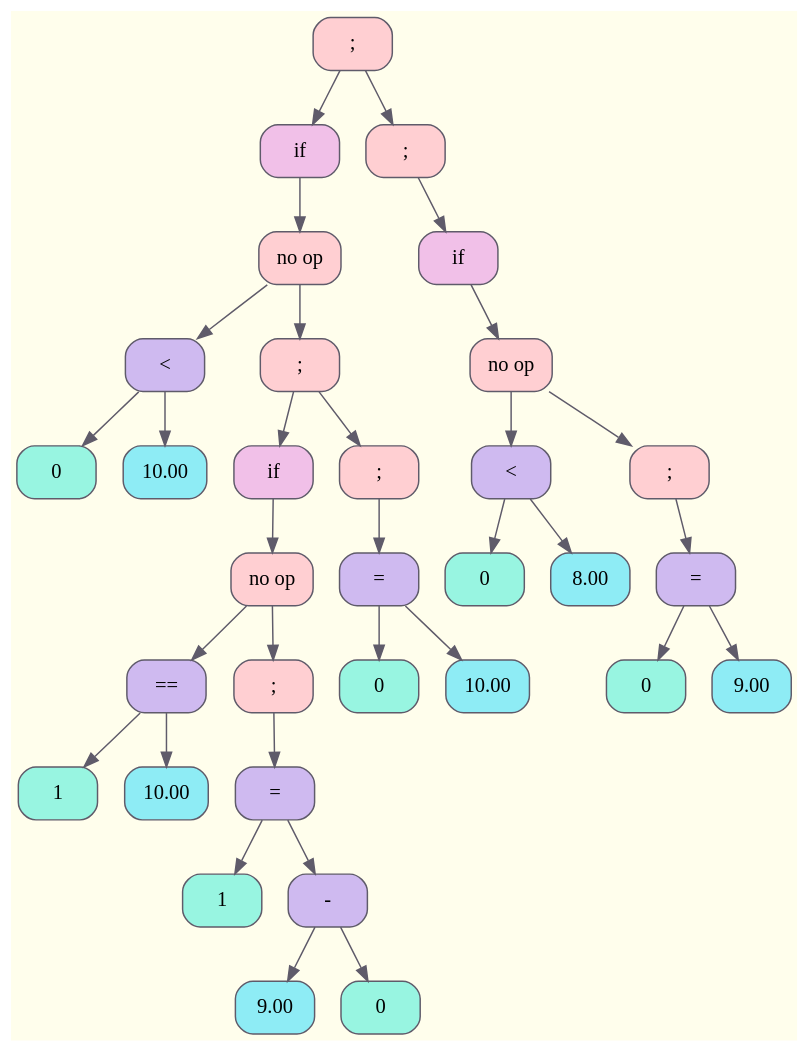
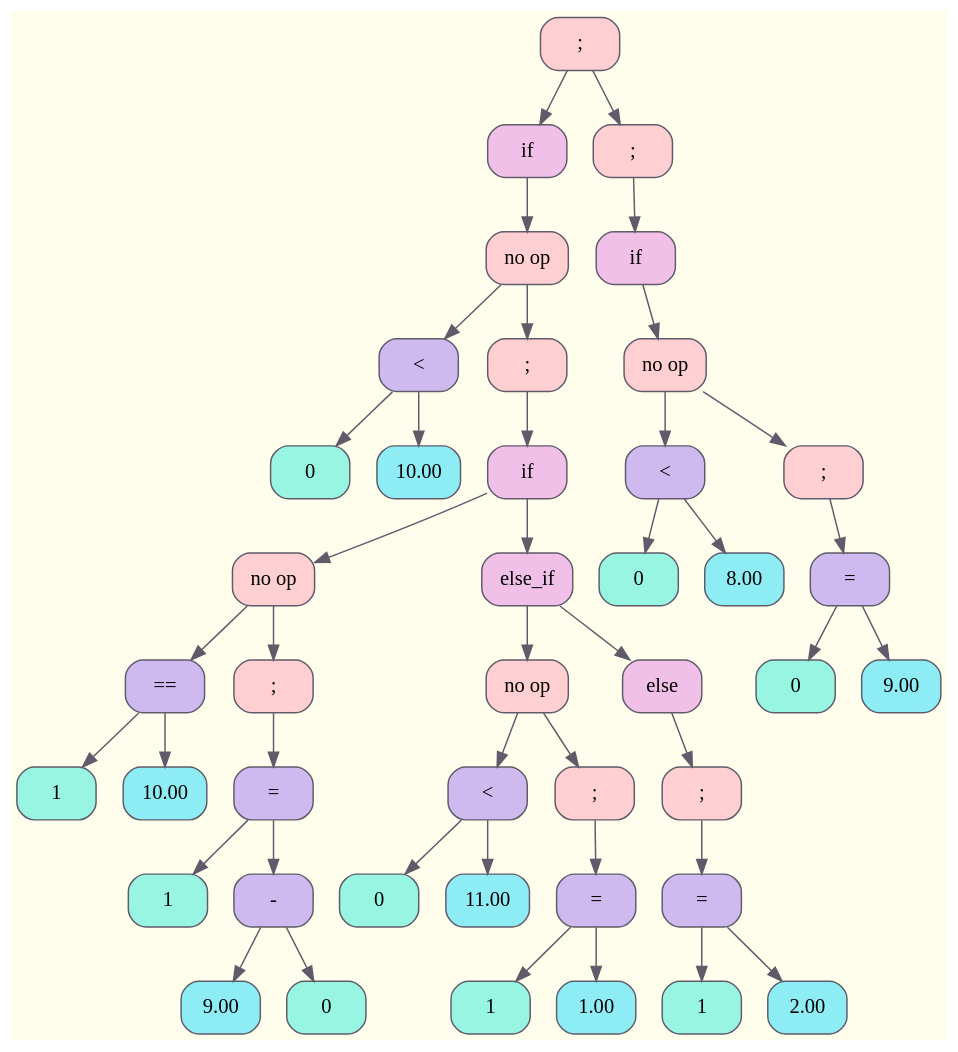
The diagram in debug/tree.dot (ksshkh/language), drawn with Graphviz before and after one commit. The commit also changed 7 other files, not shown here.

```diff
--- a/debug/tree.dot
+++ b/debug/tree.dot
@@ -1,69 +1,89 @@
 digraph Tree {
 	rankdir = TB;
 	node [shape = record];
 	edge [color = "#5F5B6A"];
 	bgcolor = "#FFFEEC";
-	node0x5e81530fff50 [color = "#5F5B6A", shape = Mrecord, style = filled, fillcolor = "#FFCFD2", label = "{;}"];
-		node0x5e81530fff50 -> node0x5e81530fff80
-	node0x5e81530fff80 [color = "#5F5B6A", shape = Mrecord, style = filled, fillcolor = "#F1C0E8", label = "{if}"];
-		node0x5e81530fff80 -> node0x5e81530fffb0
-	node0x5e81530fffb0 [color = "#5F5B6A", shape = Mrecord, style = filled, fillcolor = "#FFCFD2", label = "{no op}"];
-		node0x5e81530fffb0 -> node0x5e81530fffe0
-	node0x5e81530fffe0 [color = "#5F5B6A", shape = Mrecord, style = filled, fillcolor = "#CFBAF0", label = "{&lt;}"];
-		node0x5e81530fffe0 -> node0x5e8153100010
-	node0x5e8153100010 [color = "#5F5B6A", shape = Mrecord, style = filled, fillcolor = "#98F5E1", label = "{0}"];
-		node0x5e81530fffe0 -> node0x5e8153100040
-	node0x5e8153100040 [color = "#5F5B6A", shape = Mrecord, style = filled, fillcolor = "#8EECF5", label = "{10.00}"];
-		node0x5e81530fffb0 -> node0x5e8153100070
-	node0x5e8153100070 [color = "#5F5B6A", shape = Mrecord, style = filled, fillcolor = "#FFCFD2", label = "{;}"];
-		node0x5e8153100070 -> node0x5e81531000a0
-	node0x5e81531000a0 [color = "#5F5B6A", shape = Mrecord, style = filled, fillcolor = "#F1C0E8", label = "{if}"];
-		node0x5e81531000a0 -> node0x5e81531000d0
-	node0x5e81531000d0 [color = "#5F5B6A", shape = Mrecord, style = filled, fillcolor = "#FFCFD2", label = "{no op}"];
-		node0x5e81531000d0 -> node0x5e8153100100
-	node0x5e8153100100 [color = "#5F5B6A", shape = Mrecord, style = filled, fillcolor = "#CFBAF0", label = "{==}"];
-		node0x5e8153100100 -> node0x5e8153100130
-	node0x5e8153100130 [color = "#5F5B6A", shape = Mrecord, style = filled, fillcolor = "#98F5E1", label = "{1}"];
-		node0x5e8153100100 -> node0x5e8153100160
-	node0x5e8153100160 [color = "#5F5B6A", shape = Mrecord, style = filled, fillcolor = "#8EECF5", label = "{10.00}"];
-		node0x5e81531000d0 -> node0x5e8153100190
-	node0x5e8153100190 [color = "#5F5B6A", shape = Mrecord, style = filled, fillcolor = "#FFCFD2", label = "{;}"];
-		node0x5e8153100190 -> node0x5e81531001c0
-	node0x5e81531001c0 [color = "#5F5B6A", shape = Mrecord, style = filled, fillcolor = "#CFBAF0", label = "{=}"];
-		node0x5e81531001c0 -> node0x5e81531001f0
-	node0x5e81531001f0 [color = "#5F5B6A", shape = Mrecord, style = filled, fillcolor = "#98F5E1", label = "{1}"];
-		node0x5e81531001c0 -> node0x5e8153100220
-	node0x5e8153100220 [color = "#5F5B6A", shape = Mrecord, style = filled, fillcolor = "#CFBAF0", label = "{-}"];
-		node0x5e8153100220 -> node0x5e8153100250
-	node0x5e8153100250 [color = "#5F5B6A", shape = Mrecord, style = filled, fillcolor = "#8EECF5", label = "{9.00}"];
-		node0x5e8153100220 -> node0x5e8153100280
-	node0x5e8153100280 [color = "#5F5B6A", shape = Mrecord, style = filled, fillcolor = "#98F5E1", label = "{0}"];
-		node0x5e8153100070 -> node0x5e81531002b0
-	node0x5e81531002b0 [color = "#5F5B6A", shape = Mrecord, style = filled, fillcolor = "#FFCFD2", label = "{;}"];
-		node0x5e81531002b0 -> node0x5e81531002e0
-	node0x5e81531002e0 [color = "#5F5B6A", shape = Mrecord, style = filled, fillcolor = "#CFBAF0", label = "{=}"];
-		node0x5e81531002e0 -> node0x5e8153100310
-	node0x5e8153100310 [color = "#5F5B6A", shape = Mrecord, style = filled, fillcolor = "#98F5E1", label = "{0}"];
-		node0x5e81531002e0 -> node0x5e8153100340
-	node0x5e8153100340 [color = "#5F5B6A", shape = Mrecord, style = filled, fillcolor = "#8EECF5", label = "{10.00}"];
-		node0x5e81530fff50 -> node0x5e8153100370
-	node0x5e8153100370 [color = "#5F5B6A", shape = Mrecord, style = filled, fillcolor = "#FFCFD2", label = "{;}"];
-		node0x5e8153100370 -> node0x5e81531003a0
-	node0x5e81531003a0 [color = "#5F5B6A", shape = Mrecord, style = filled, fillcolor = "#F1C0E8", label = "{if}"];
-		node0x5e81531003a0 -> node0x5e81531003d0
-	node0x5e81531003d0 [color = "#5F5B6A", shape = Mrecord, style = filled, fillcolor = "#FFCFD2", label = "{no op}"];
-		node0x5e81531003d0 -> node0x5e8153100400
-	node0x5e8153100400 [color = "#5F5B6A", shape = Mrecord, style = filled, fillcolor = "#CFBAF0", label = "{&lt;}"];
-		node0x5e8153100400 -> node0x5e8153100430
-	node0x5e8153100430 [color = "#5F5B6A", shape = Mrecord, style = filled, fillcolor = "#98F5E1", label = "{0}"];
-		node0x5e8153100400 -> node0x5e8153100460
-	node0x5e8153100460 [color = "#5F5B6A", shape = Mrecord, style = filled, fillcolor = "#8EECF5", label = "{8.00}"];
-		node0x5e81531003d0 -> node0x5e8153100490
-	node0x5e8153100490 [color = "#5F5B6A", shape = Mrecord, style = filled, fillcolor = "#FFCFD2", label = "{;}"];
-		node0x5e8153100490 -> node0x5e81531004c0
-	node0x5e81531004c0 [color = "#5F5B6A", shape = Mrecord, style = filled, fillcolor = "#CFBAF0", label = "{=}"];
-		node0x5e81531004c0 -> node0x5e81531004f0
-	node0x5e81531004f0 [color = "#5F5B6A", shape = Mrecord, style = filled, fillcolor = "#98F5E1", label = "{0}"];
-		node0x5e81531004c0 -> node0x5e8153100520
-	node0x5e8153100520 [color = "#5F5B6A", shape = Mrecord, style = filled, fillcolor = "#8EECF5", label = "{9.00}"];
+	node0x61bb5010b2a0 [color = "#5F5B6A", shape = Mrecord, style = filled, fillcolor = "#FFCFD2", label = "{;}"];
+		node0x61bb5010b2a0 -> node0x61bb5010b2d0
+	node0x61bb5010b2d0 [color = "#5F5B6A", shape = Mrecord, style = filled, fillcolor = "#F1C0E8", label = "{if}"];
+		node0x61bb5010b2d0 -> node0x61bb5010b300
+	node0x61bb5010b300 [color = "#5F5B6A", shape = Mrecord, style = filled, fillcolor = "#FFCFD2", label = "{no op}"];
+		node0x61bb5010b300 -> node0x61bb5010b330
+	node0x61bb5010b330 [color = "#5F5B6A", shape = Mrecord, style = filled, fillcolor = "#CFBAF0", label = "{&lt;}"];
+		node0x61bb5010b330 -> node0x61bb5010b360
+	node0x61bb5010b360 [color = "#5F5B6A", shape = Mrecord, style = filled, fillcolor = "#98F5E1", label = "{0}"];
+		node0x61bb5010b330 -> node0x61bb5010b390
+	node0x61bb5010b390 [color = "#5F5B6A", shape = Mrecord, style = filled, fillcolor = "#8EECF5", label = "{10.00}"];
+		node0x61bb5010b300 -> node0x61bb5010b3c0
+	node0x61bb5010b3c0 [color = "#5F5B6A", shape = Mrecord, style = filled, fillcolor = "#FFCFD2", label = "{;}"];
+		node0x61bb5010b3c0 -> node0x61bb5010b3f0
+	node0x61bb5010b3f0 [color = "#5F5B6A", shape = Mrecord, style = filled, fillcolor = "#F1C0E8", label = "{if}"];
+		node0x61bb5010b3f0 -> node0x61bb5010b420
+	node0x61bb5010b420 [color = "#5F5B6A", shape = Mrecord, style = filled, fillcolor = "#FFCFD2", label = "{no op}"];
+		node0x61bb5010b420 -> node0x61bb5010b450
+	node0x61bb5010b450 [color = "#5F5B6A", shape = Mrecord, style = filled, fillcolor = "#CFBAF0", label = "{==}"];
+		node0x61bb5010b450 -> node0x61bb5010b480
+	node0x61bb5010b480 [color = "#5F5B6A", shape = Mrecord, style = filled, fillcolor = "#98F5E1", label = "{1}"];
+		node0x61bb5010b450 -> node0x61bb5010b4b0
+	node0x61bb5010b4b0 [color = "#5F5B6A", shape = Mrecord, style = filled, fillcolor = "#8EECF5", label = "{10.00}"];
+		node0x61bb5010b420 -> node0x61bb5010b4e0
+	node0x61bb5010b4e0 [color = "#5F5B6A", shape = Mrecord, style = filled, fillcolor = "#FFCFD2", label = "{;}"];
+		node0x61bb5010b4e0 -> node0x61bb5010b510
+	node0x61bb5010b510 [color = "#5F5B6A", shape = Mrecord, style = filled, fillcolor = "#CFBAF0", label = "{=}"];
+		node0x61bb5010b510 -> node0x61bb5010b540
+	node0x61bb5010b540 [color = "#5F5B6A", shape = Mrecord, style = filled, fillcolor = "#98F5E1", label = "{1}"];
+		node0x61bb5010b510 -> node0x61bb5010b570
+	node0x61bb5010b570 [color = "#5F5B6A", shape = Mrecord, style = filled, fillcolor = "#CFBAF0", label = "{-}"];
+		node0x61bb5010b570 -> node0x61bb5010b5a0
+	node0x61bb5010b5a0 [color = "#5F5B6A", shape = Mrecord, style = filled, fillcolor = "#8EECF5", label = "{9.00}"];
+		node0x61bb5010b570 -> node0x61bb5010b5d0
+	node0x61bb5010b5d0 [color = "#5F5B6A", shape = Mrecord, style = filled, fillcolor = "#98F5E1", label = "{0}"];
+		node0x61bb5010b3f0 -> node0x61bb5010b600
+	node0x61bb5010b600 [color = "#5F5B6A", shape = Mrecord, style = filled, fillcolor = "#F1C0E8", label = "{else_if}"];
+		node0x61bb5010b600 -> node0x61bb5010b630
+	node0x61bb5010b630 [color = "#5F5B6A", shape = Mrecord, style = filled, fillcolor = "#FFCFD2", label = "{no op}"];
+		node0x61bb5010b630 -> node0x61bb5010b660
+	node0x61bb5010b660 [color = "#5F5B6A", shape = Mrecord, style = filled, fillcolor = "#CFBAF0", label = "{&lt;}"];
+		node0x61bb5010b660 -> node0x61bb5010b690
+	node0x61bb5010b690 [color = "#5F5B6A", shape = Mrecord, style = filled, fillcolor = "#98F5E1", label = "{0}"];
+		node0x61bb5010b660 -> node0x61bb5010b6c0
+	node0x61bb5010b6c0 [color = "#5F5B6A", shape = Mrecord, style = filled, fillcolor = "#8EECF5", label = "{11.00}"];
+		node0x61bb5010b630 -> node0x61bb5010b6f0
+	node0x61bb5010b6f0 [color = "#5F5B6A", shape = Mrecord, style = filled, fillcolor = "#FFCFD2", label = "{;}"];
+		node0x61bb5010b6f0 -> node0x61bb5010b720
+	node0x61bb5010b720 [color = "#5F5B6A", shape = Mrecord, style = filled, fillcolor = "#CFBAF0", label = "{=}"];
+		node0x61bb5010b720 -> node0x61bb5010b750
+	node0x61bb5010b750 [color = "#5F5B6A", shape = Mrecord, style = filled, fillcolor = "#98F5E1", label = "{1}"];
+		node0x61bb5010b720 -> node0x61bb5010b780
+	node0x61bb5010b780 [color = "#5F5B6A", shape = Mrecord, style = filled, fillcolor = "#8EECF5", label = "{1.00}"];
+		node0x61bb5010b600 -> node0x61bb5010b7b0
+	node0x61bb5010b7b0 [color = "#5F5B6A", shape = Mrecord, style = filled, fillcolor = "#F1C0E8", label = "{else}"];
+		node0x61bb5010b7b0 -> node0x61bb5010b7e0
+	node0x61bb5010b7e0 [color = "#5F5B6A", shape = Mrecord, style = filled, fillcolor = "#FFCFD2", label = "{;}"];
+		node0x61bb5010b7e0 -> node0x61bb5010b810
+	node0x61bb5010b810 [color = "#5F5B6A", shape = Mrecord, style = filled, fillcolor = "#CFBAF0", label = "{=}"];
+		node0x61bb5010b810 -> node0x61bb5010b840
+	node0x61bb5010b840 [color = "#5F5B6A", shape = Mrecord, style = filled, fillcolor = "#98F5E1", label = "{1}"];
+		node0x61bb5010b810 -> node0x61bb5010b870
+	node0x61bb5010b870 [color = "#5F5B6A", shape = Mrecord, style = filled, fillcolor = "#8EECF5", label = "{2.00}"];
+		node0x61bb5010b2a0 -> node0x61bb5010b8a0
+	node0x61bb5010b8a0 [color = "#5F5B6A", shape = Mrecord, style = filled, fillcolor = "#FFCFD2", label = "{;}"];
+		node0x61bb5010b8a0 -> node0x61bb5010b8d0
+	node0x61bb5010b8d0 [color = "#5F5B6A", shape = Mrecord, style = filled, fillcolor = "#F1C0E8", label = "{if}"];
+		node0x61bb5010b8d0 -> node0x61bb5010b900
+	node0x61bb5010b900 [color = "#5F5B6A", shape = Mrecord, style = filled, fillcolor = "#FFCFD2", label = "{no op}"];
+		node0x61bb5010b900 -> node0x61bb5010b930
+	node0x61bb5010b930 [color = "#5F5B6A", shape = Mrecord, style = filled, fillcolor = "#CFBAF0", label = "{&lt;}"];
+		node0x61bb5010b930 -> node0x61bb5010b960
+	node0x61bb5010b960 [color = "#5F5B6A", shape = Mrecord, style = filled, fillcolor = "#98F5E1", label = "{0}"];
+		node0x61bb5010b930 -> node0x61bb5010b990
+	node0x61bb5010b990 [color = "#5F5B6A", shape = Mrecord, style = filled, fillcolor = "#8EECF5", label = "{8.00}"];
+		node0x61bb5010b900 -> node0x61bb5010b9c0
+	node0x61bb5010b9c0 [color = "#5F5B6A", shape = Mrecord, style = filled, fillcolor = "#FFCFD2", label = "{;}"];
+		node0x61bb5010b9c0 -> node0x61bb5010b9f0
+	node0x61bb5010b9f0 [color = "#5F5B6A", shape = Mrecord, style = filled, fillcolor = "#CFBAF0", label = "{=}"];
+		node0x61bb5010b9f0 -> node0x61bb5010ba20
+	node0x61bb5010ba20 [color = "#5F5B6A", shape = Mrecord, style = filled, fillcolor = "#98F5E1", label = "{0}"];
+		node0x61bb5010b9f0 -> node0x61bb5010ba50
+	node0x61bb5010ba50 [color = "#5F5B6A", shape = Mrecord, style = filled, fillcolor = "#8EECF5", label = "{9.00}"];
 }
```
